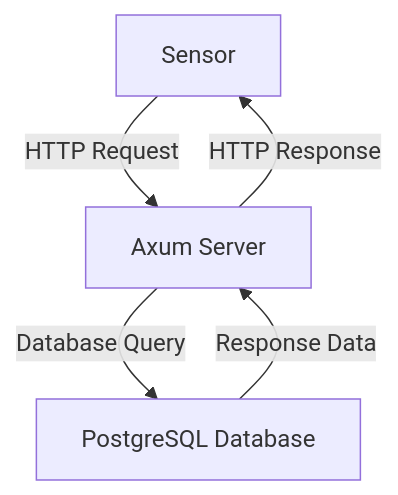
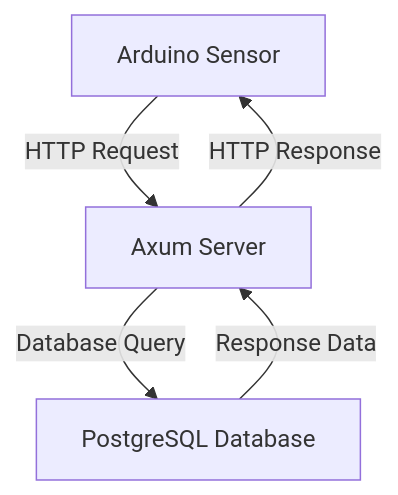
The diagram in README.md (Maxime-Cllt/SpeedStream), drawn with Mermaid before and after one commit. The commit also changed other lines of this file and 4 other files, not shown here.

````diff
--- a/README.md
+++ b/README.md
@@ -72,8 +78,8 @@
 ```mermaid
 graph TD
 ;
-    A[Sensor] -->|HTTP Request| B[Axum Server];
+    A[Arduino Sensor] -->|HTTP Request| B[Axum Server];
     B -->|Database Query| C[PostgreSQL Database];
     C -->|Response Data| B;
     B -->|HTTP Response| A;
 ```
````
